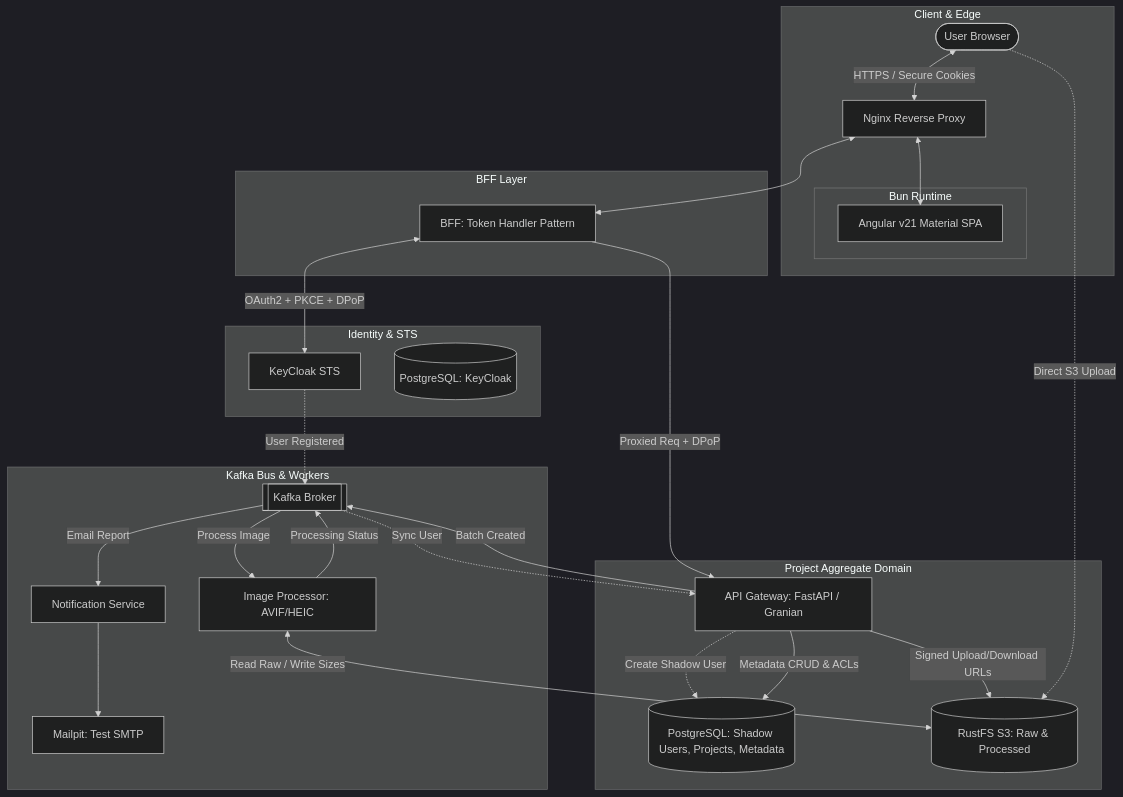
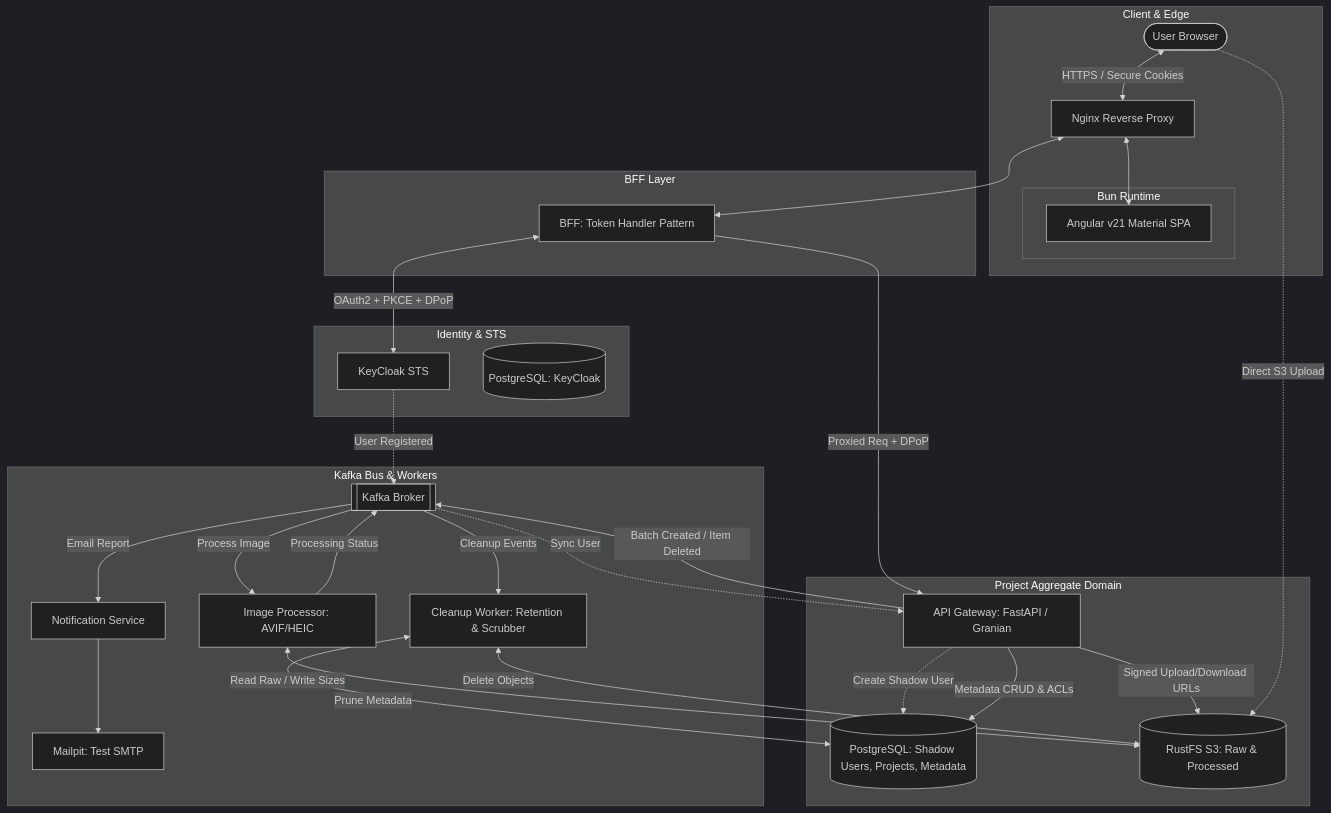
One commit to urusfulgun/image_platform changed the diagram in plan.md. Above: the diagram before and after it, drawn with Mermaid (dark theme).

Commit message:
Add cleanup worker and update processing flow

````diff
--- a/plan.md
+++ b/plan.md
@@ -11,56 +11,62 @@
 ```mermaid
 graph TD
     subgraph Client_Layer [Client & Edge]
         UA([User Browser])
         Nginx[Nginx Reverse Proxy]
         subgraph Frontend_Host [Bun Runtime]
             Angular[Angular v21 Material SPA]
         end
     end
 
     subgraph Identity_Auth [Identity & STS]
         KC[KeyCloak STS]
         DB_KC[(PostgreSQL: KeyCloak)]
     end
 
     subgraph Secure_Perimeter [BFF Layer]
         BFF[BFF: Token Handler Pattern]
     end
 
     subgraph Core_Services [Project Aggregate Domain]
         AGW[API Gateway: FastAPI / Granian]
         DB_APP[(PostgreSQL: Shadow Users, Projects, Metadata)]
         RFS[(RustFS S3: Raw & Processed)]
     end
 
     subgraph Async_Pipeline [Kafka Bus & Workers]
         KAF[[Kafka Broker]]
         IP[Image Processor: AVIF/HEIC]
         NS[Notification Service]
         MP[Mailpit: Test SMTP]
+        CW[Cleanup Worker: Retention & Scrubber]
     end
 
     %% Auth Flow
     UA <-->|HTTPS / Secure Cookies| Nginx
     Nginx <--> Angular
     Nginx <--> BFF
     BFF <-->|OAuth2 + PKCE + DPoP| KC
     KC -.->|User Registered| KAF
     KAF -.->|Sync User| AGW
     AGW -.->|Create Shadow User| DB_APP
 
     %% Project & Image Flow
     BFF -->|Proxied Req + DPoP| AGW
     AGW -->|Metadata CRUD & ACLs| DB_APP
     AGW -->|Signed Upload/Download URLs| RFS
     UA -.->|Direct S3 Upload| RFS
     
-    %% Processing Flow
-    AGW -->|Batch Created| KAF
+    %% Processing & Cleanup Flow
+    AGW -->|Batch Created / Item Deleted| KAF
     KAF -->|Process Image| IP
     IP <-->|Read Raw / Write Sizes| RFS
     IP -->|Processing Status| KAF
     KAF -->|Email Report| NS
     NS --> MP
 
+    %% Cleanup Logic
+    KAF -->|Cleanup Events| CW
+    CW <-->|Prune Metadata| DB_APP
+    CW <-->|Delete Objects| RFS
+
 ```
````
